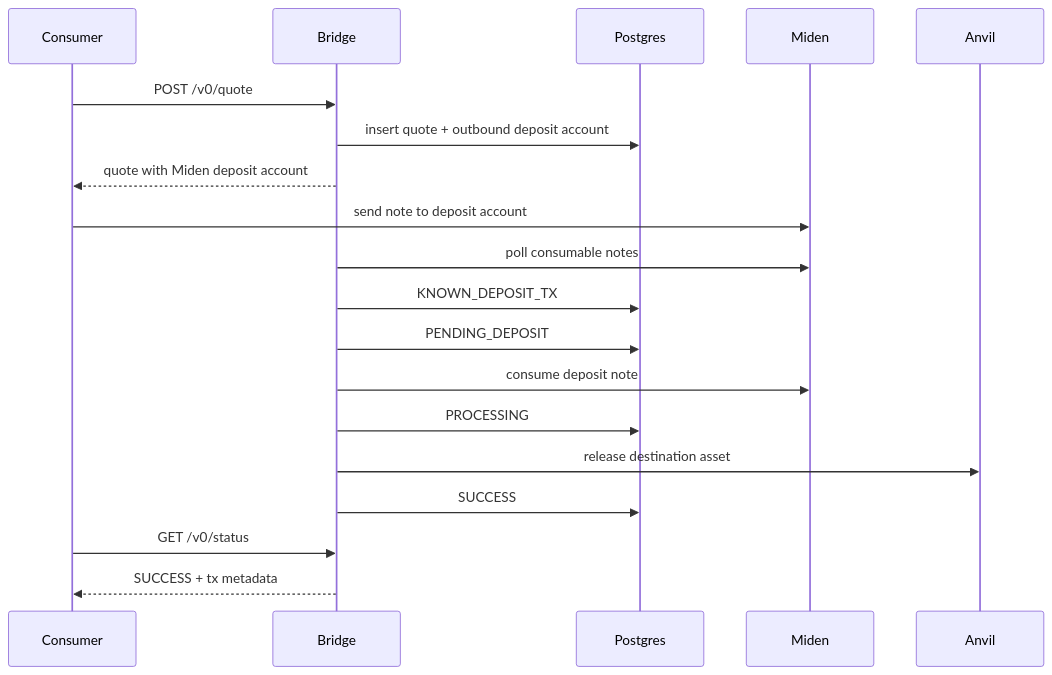
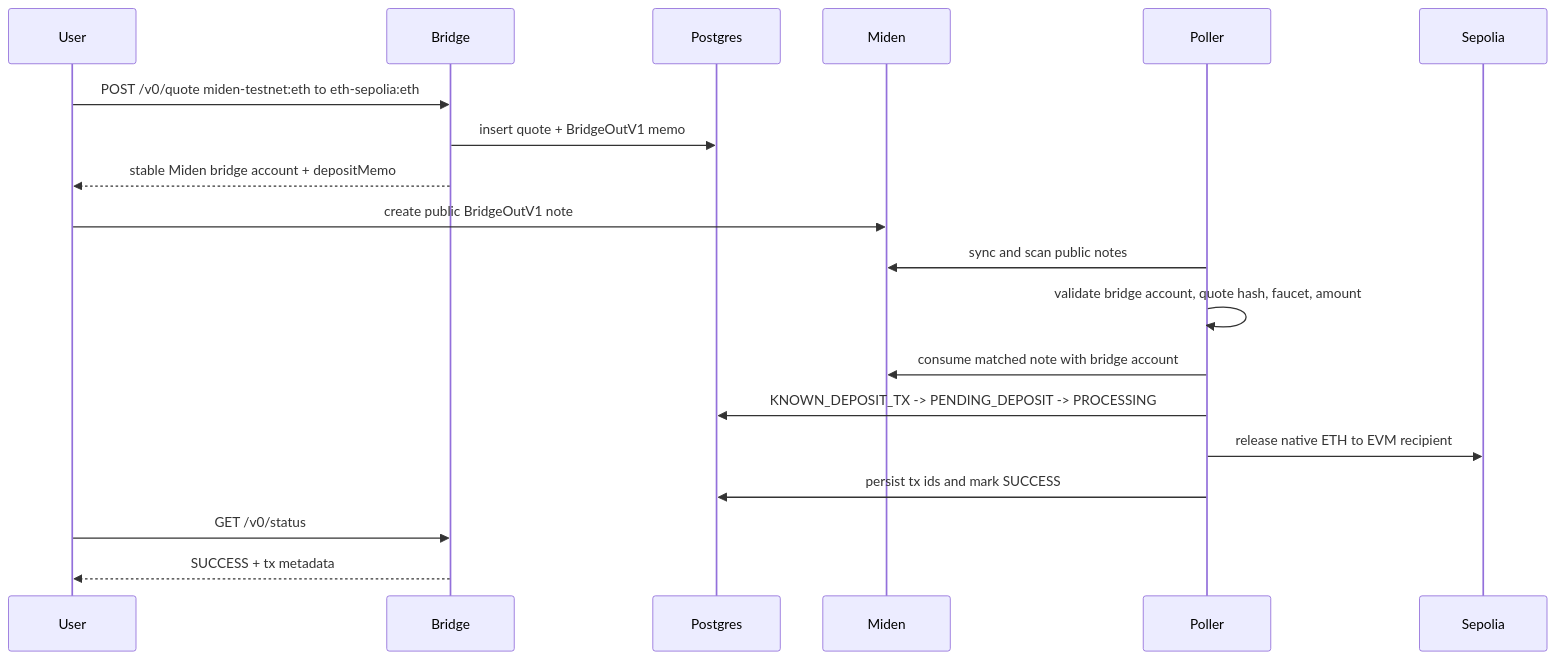
Before and after one commit to BrianSeong99/miden-testnet-bridge: the third of 3 diagrams in docs/architecture.md, drawn with Mermaid. The commit also changed other lines of this file and 11 other files, not shown here.

````diff
--- a/docs/architecture.md
+++ b/docs/architecture.md
@@ -29,22 +80,22 @@
 ```mermaid
 sequenceDiagram
-    participant Consumer
+    participant User
     participant Bridge
     participant Postgres
     participant Miden
-    participant Anvil
+    participant Poller
+    participant Sepolia
 
-    Consumer->>Bridge: POST /v0/quote
-    Bridge->>Postgres: insert quote + outbound deposit account
-    Bridge-->>Consumer: quote with Miden deposit account
-    Consumer->>Miden: send note to deposit account
-    Bridge->>Miden: poll consumable notes
-    Bridge->>Postgres: KNOWN_DEPOSIT_TX
-    Bridge->>Postgres: PENDING_DEPOSIT
-    Bridge->>Miden: consume deposit note
-    Bridge->>Postgres: PROCESSING
-    Bridge->>Anvil: release destination asset
-    Bridge->>Postgres: SUCCESS
-    Consumer->>Bridge: GET /v0/status
-    Bridge-->>Consumer: SUCCESS + tx metadata
+    User->>Bridge: POST /v0/quote miden-testnet:eth to eth-sepolia:eth
+    Bridge->>Postgres: insert quote + BridgeOutV1 memo
+    Bridge-->>User: stable Miden bridge account + depositMemo
+    User->>Miden: create public BridgeOutV1 note
+    Poller->>Miden: sync and scan public notes
+    Poller->>Poller: validate bridge account, quote hash, faucet, amount
+    Poller->>Miden: consume matched note with bridge account
+    Poller->>Postgres: KNOWN_DEPOSIT_TX -> PENDING_DEPOSIT -> PROCESSING
+    Poller->>Sepolia: release native ETH to EVM recipient
+    Poller->>Postgres: persist tx ids and mark SUCCESS
+    User->>Bridge: GET /v0/status
+    Bridge-->>User: SUCCESS + tx metadata
 ```
````
